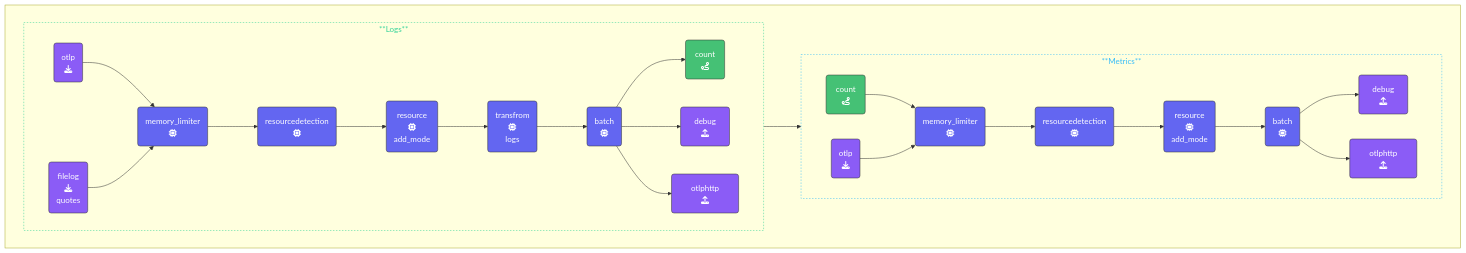
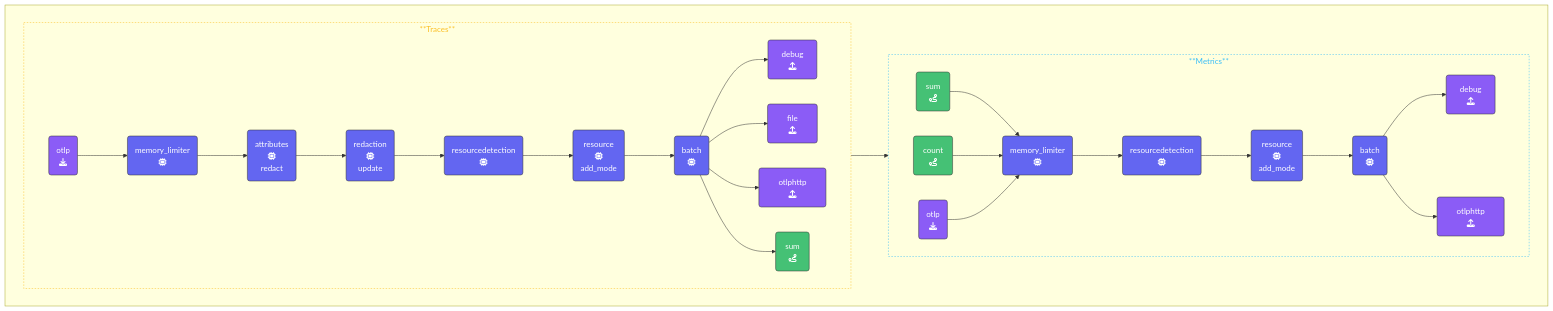
The diagram in content/en/ninja-workshops/3-opentelemetry-collector-workshops/2-advanced-collector/9-sum-count/9-2-sum.md (splunk/observability-workshop), drawn with Mermaid before and after one commit. The commit also changed other lines of this file and 2 other files, not shown here.

Commit message:
section 9 ready for prod

````diff
--- a/content/en/ninja-workshops/3-opentelemetry-collector-workshops/2-advanced-collector/9-sum-count/9-2-sum.md
+++ b/content/en/ninja-workshops/3-opentelemetry-collector-workshops/2-advanced-collector/9-sum-count/9-2-sum.md
@@ -84,59 +92,65 @@
 ```mermaid
 %%{init:{"fontFamily":"monospace"}}%%
 graph LR
     %% Nodes
-    REC1(otlp<br>fa:fa-download):::receiver
-    REC2(filelog<br>fa:fa-download<br>quotes):::receiver
-    REC3(otlp<br>fa:fa-download):::receiver
-    PRO1(memory_limiter<br>fa:fa-microchip):::processor
-    PRO2(memory_limiter<br>fa:fa-microchip):::processor
+    REC1(otlp<br>fa:fa-download<br> ):::receiver
+    REC3(otlp<br>fa:fa-download<br> ):::receiver
+    PRO1(memory_limiter<br>fa:fa-microchip<br> ):::processor
+    PRO2(memory_limiter<br>fa:fa-microchip<br> ):::processor
     PRO3(resource<br>fa:fa-microchip<br>add_mode):::processor
     PRO4(resource<br>fa:fa-microchip<br>add_mode):::processor
-    PRO5(batch<br>fa:fa-microchip):::processor
-    PRO6(batch<br>fa:fa-microchip):::processor
-    PRO7(resourcedetection<br>fa:fa-microchip):::processor
-    PRO8(resourcedetection<br>fa:fa-microchip):::processor
-    PRO9(transfrom<br>fa:fa-microchip<br>logs):::processor
-    EXP1(&nbsp;&ensp;debug&nbsp;&ensp;<br>fa:fa-upload):::exporter
-    EXP2(&emsp;&emsp;otlphttp&emsp;&emsp;<br>fa:fa-upload):::exporter
-    EXP3(&nbsp;&ensp;debug&nbsp;&ensp;<br>fa:fa-upload):::exporter
-    EXP4(&emsp;&emsp;otlphttp&emsp;&emsp;<br>fa:fa-upload):::exporter
-    ROUTE1(&nbsp;count&nbsp;<br>fa:fa-route):::con-export
-    ROUTE2(&nbsp;count&nbsp;<br>fa:fa-route):::con-receive
+    PRO5(batch<br>fa:fa-microchip<br> ):::processor
+    PRO6(batch<br>fa:fa-microchip<br> ):::processor
+    PRO7(resourcedetection<br>fa:fa-microchip<br> ):::processor
+    PRO8(resourcedetection<br>fa:fa-microchip<br>):::processor
+
+    PROA(attributes<br>fa:fa-microchip<br>redact):::processor
+    PROB(redaction<br>fa:fa-microchip<br>update):::processor
+    EXP1(&nbsp;&ensp;debug&nbsp;&ensp;<br>fa:fa-upload<br> ):::exporter
+    EXP2(&emsp;&emsp;file&emsp;&emsp;<br>fa:fa-upload<br> ):::exporter
+    EXP3(&nbsp;&ensp;debug&nbsp;&ensp;<br>fa:fa-upload<br> ):::exporter
+    EXP4(&emsp;&emsp;otlphttp&emsp;&emsp;<br>fa:fa-upload<br> ):::exporter
+    EXP5(&emsp;&emsp;otlphttp&emsp;&emsp;<br>fa:fa-upload<br> ):::exporter
+    ROUTE1(&nbsp;sum&nbsp;<br>fa:fa-route<br> ):::con-export
+    ROUTE2(&nbsp;count&nbsp;<br>fa:fa-route<br> ):::con-receive
+    ROUTE3(&nbsp;sum&nbsp;<br>fa:fa-route<br> ):::con-receive
 
     %% Links
-    subID1:::sub-logs
+    subID1:::sub-traces
     subID2:::sub-metrics
     subgraph " " 
       direction LR
-      subgraph subID1[**Logs**]
+      subgraph subID1[**Traces**]
       direction LR
       REC1 --> PRO1
-      REC2 --> PRO1
-      PRO1 --> PRO7
+      PRO1 --> PROA
+      PROA --> PROB
+      PROB --> PRO7
       PRO7 --> PRO3
-      PRO3 --> PRO9
-      PRO9 --> PRO5
-      PRO5 --> ROUTE1
+      PRO3 --> PRO5 
       PRO5 --> EXP1
       PRO5 --> EXP2
+      PRO5 --> EXP5
+      PRO5 --> ROUTE1
       end
       
       subgraph subID2[**Metrics**]
       direction LR
-      ROUTE1 --> ROUTE2       
+      ROUTE1 --> ROUTE3
+      ROUTE3 --> PRO2       
       ROUTE2 --> PRO2
       REC3 --> PRO2
       PRO2 --> PRO8
       PRO8 --> PRO4
       PRO4 --> PRO6
       PRO6 --> EXP3
       PRO6 --> EXP4
       end
     end
 classDef receiver,exporter fill:#8b5cf6,stroke:#333,stroke-width:1px,color:#fff;
 classDef processor fill:#6366f1,stroke:#333,stroke-width:1px,color:#fff;
 classDef con-receive,con-export fill:#45c175,stroke:#333,stroke-width:1px,color:#fff;
 classDef sub-logs stroke:#34d399,stroke-width:1px, color:#34d399,stroke-dasharray: 3 3;
+classDef sub-traces stroke:#fbbf24,stroke-width:1px, color:#fbbf24,stroke-dasharray: 3 3;
 classDef sub-metrics stroke:#38bdf8,stroke-width:1px, color:#38bdf8,stroke-dasharray: 3 3;
 ```
````
